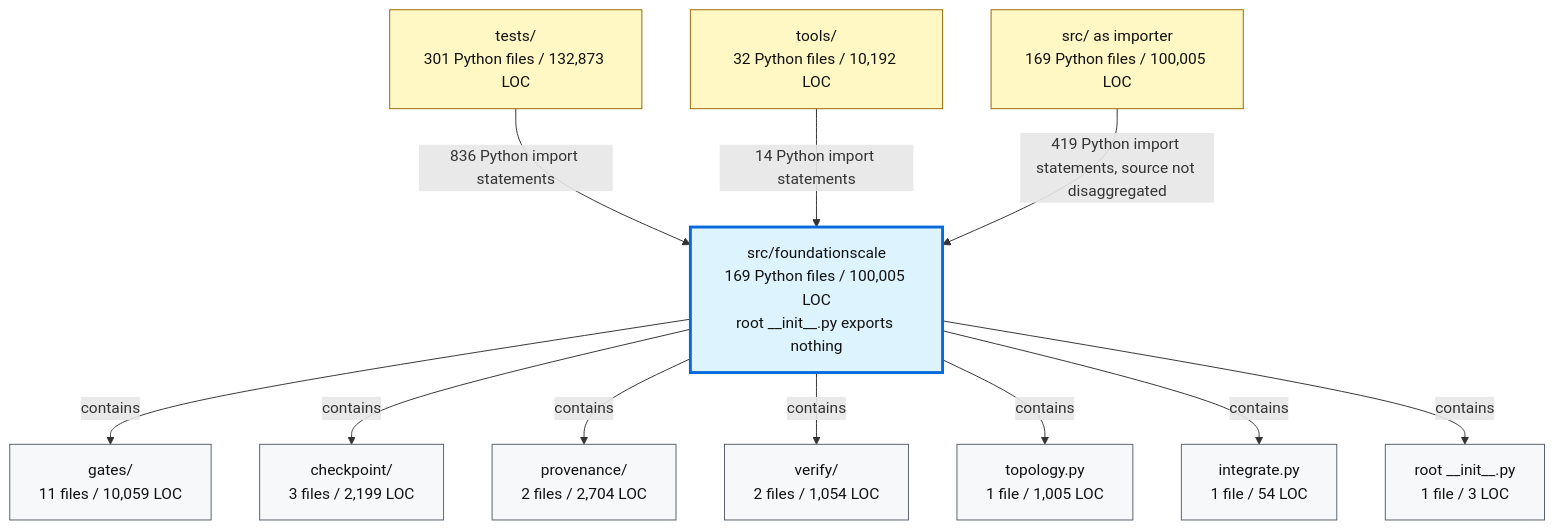
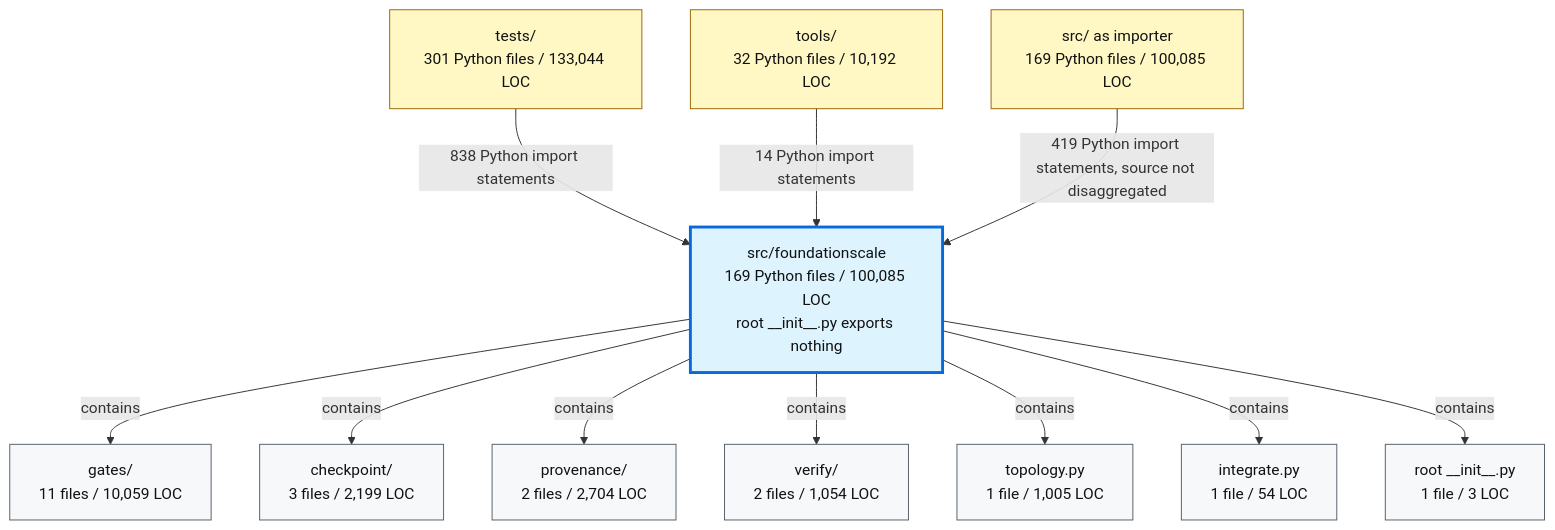
One commit to TranNhiem/FoundationScale changed the second of 2 diagrams in docs/review/D2_current_architecture.md. Above: the diagram before and after it, drawn with Mermaid. The commit also changed other lines of this file and 10 other files, not shown here.

````diff
--- a/docs/review/D2_current_architecture.md
+++ b/docs/review/D2_current_architecture.md
@@ -97,36 +97,36 @@
 ```mermaid
 flowchart TB
-  TESTS["tests/<br/>301 Python files / 132,873 LOC"]
+  TESTS["tests/<br/>301 Python files / 133,044 LOC"]
   TOOLS["tools/<br/>32 Python files / 10,192 LOC"]
-  SRC["src/ as importer<br/>169 Python files / 100,005 LOC"]
+  SRC["src/ as importer<br/>169 Python files / 100,085 LOC"]
 
-  FS["src/foundationscale<br/>169 Python files / 100,005 LOC<br/>root __init__.py exports nothing"]
+  FS["src/foundationscale<br/>169 Python files / 100,085 LOC<br/>root __init__.py exports nothing"]
 
   GATES["gates/<br/>11 files / 10,059 LOC"]
   CKPT["checkpoint/<br/>3 files / 2,199 LOC"]
   PROV["provenance/<br/>2 files / 2,704 LOC"]
   VERIFY["verify/<br/>2 files / 1,054 LOC"]
   TOPO["topology.py<br/>1 file / 1,005 LOC"]
   INTEG["integrate.py<br/>1 file / 54 LOC"]
   ROOT["root __init__.py<br/>1 file / 3 LOC"]
 
-  TESTS -->|"836 Python import statements"| FS
+  TESTS -->|"838 Python import statements"| FS
   TOOLS -->|"14 Python import statements"| FS
   SRC -->|"419 Python import statements, source not disaggregated"| FS
 
   FS -->|"contains"| GATES
   FS -->|"contains"| CKPT
   FS -->|"contains"| PROV
   FS -->|"contains"| VERIFY
   FS -->|"contains"| TOPO
   FS -->|"contains"| INTEG
   FS -->|"contains"| ROOT
 
   classDef consumer fill:#fff8c5,stroke:#9a6700,color:#111;
   classDef package fill:#ddf4ff,stroke:#0969da,stroke-width:3px,color:#111;
   classDef module fill:#f6f8fa,stroke:#57606a,color:#111;
 
   class TESTS,TOOLS,SRC consumer;
   class FS package;
   class GATES,CKPT,PROV,VERIFY,TOPO,INTEG,ROOT module;
 ```
````
